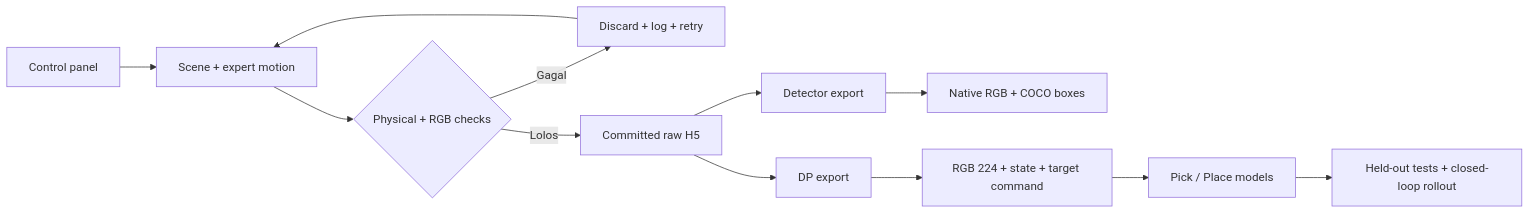
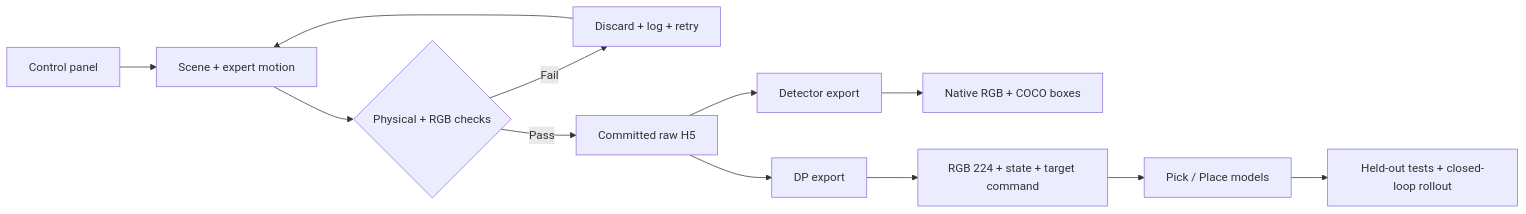
One commit to angelinemar/NSTC-Surgical-Instrument-Pick-Place changed the first of 3 diagrams in README.md. Above: the diagram before and after it, drawn with Mermaid. The commit also changed other lines of this file and 10 other files, not shown here.

Commit message:
Translate reader-facing documentation and diagrams into English

````diff
--- a/README.md
+++ b/README.md
@@ -9,14 +9,14 @@
 ```mermaid
 flowchart LR
     A["Control panel"] --> B["Scene + expert motion"]
     B --> C{"Physical + RGB checks"}
-    C -->|Gagal| D["Discard + log + retry"]
+    C -->|Fail| D["Discard + log + retry"]
     D --> B
-    C -->|Lolos| E["Committed raw H5"]
+    C -->|Pass| E["Committed raw H5"]
     E --> F["Detector export"]
     E --> G["DP export"]
     F --> H["Native RGB + COCO boxes"]
     G --> I["RGB 224 + state + target command"]
     I --> J["Pick / Place models"]
     J --> K["Held-out tests + closed-loop rollout"]
 ```
````
